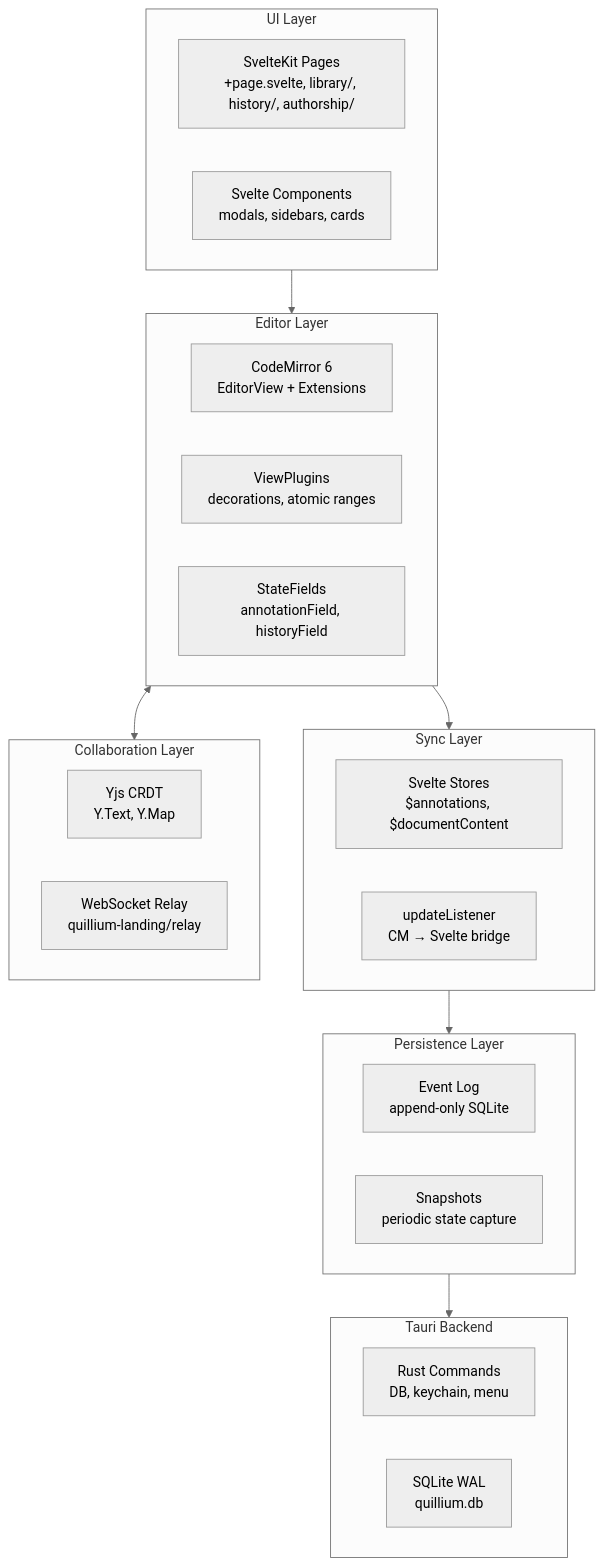
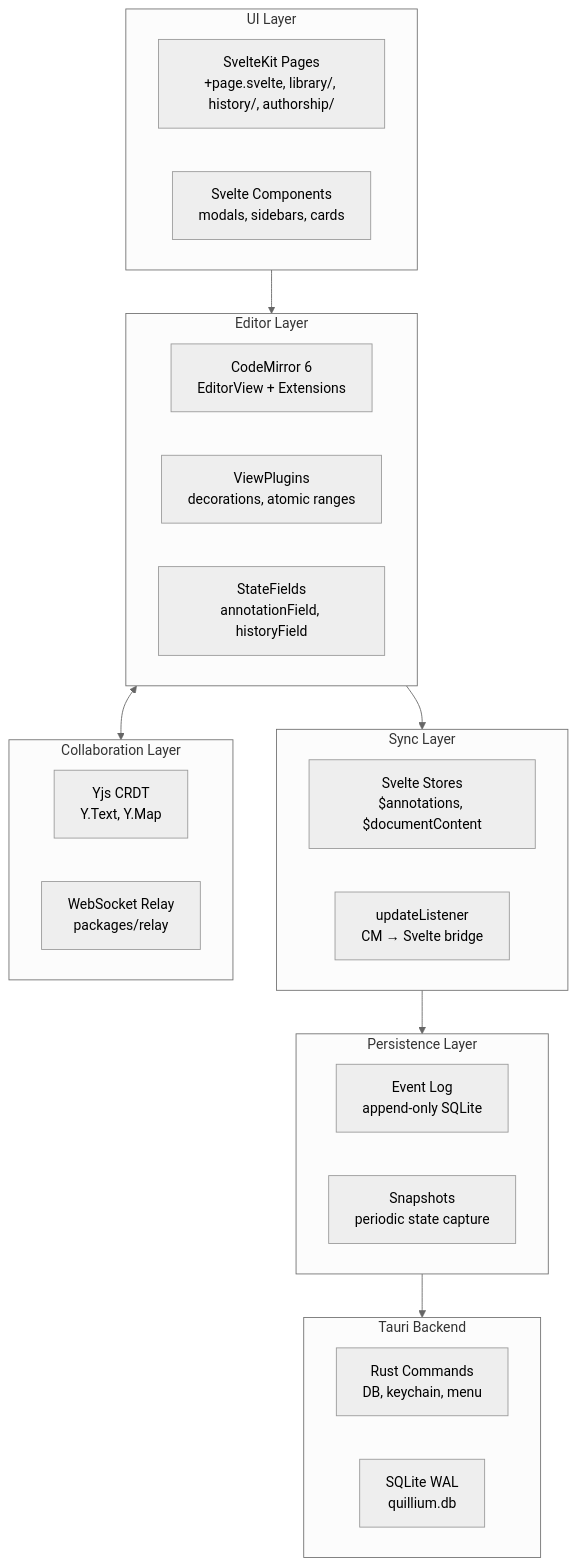
One commit to ThatXliner/Quillium changed the first of 2 diagrams in docs/architecture-overview.md. Above: the diagram before and after it, drawn with Mermaid (neutral theme). The commit also changed 667 other files, not shown here.

````diff
--- a/docs/architecture-overview.md
+++ b/docs/architecture-overview.md
@@ -33,39 +33,39 @@
 ```mermaid
 flowchart TB
     subgraph UI["UI Layer"]
         Pages["SvelteKit Pages<br/>+page.svelte, library/, history/, authorship/"]
         Components["Svelte Components<br/>modals, sidebars, cards"]
     end
 
     subgraph Editor["Editor Layer"]
         CM["CodeMirror 6<br/>EditorView + Extensions"]
         Plugins["ViewPlugins<br/>decorations, atomic ranges"]
         Fields["StateFields<br/>annotationField, historyField"]
     end
 
     subgraph Sync["Sync Layer"]
         Stores["Svelte Stores<br/>$annotations, $documentContent"]
         Listener["updateListener<br/>CM → Svelte bridge"]
     end
 
     subgraph Persistence["Persistence Layer"]
         EventLog["Event Log<br/>append-only SQLite"]
         Snapshots["Snapshots<br/>periodic state capture"]
     end
 
     subgraph Backend["Tauri Backend"]
         Rust["Rust Commands<br/>DB, keychain, menu"]
         SQLite["SQLite WAL<br/>quillium.db"]
     end
 
     subgraph Collab["Collaboration Layer"]
         Yjs["Yjs CRDT<br/>Y.Text, Y.Map"]
-        Relay["WebSocket Relay<br/>quillium-landing/relay"]
+        Relay["WebSocket Relay<br/>packages/relay"]
     end
 
     UI --> Editor
     Editor --> Sync
     Sync --> Persistence
     Persistence --> Backend
     Editor <--> Collab
 ```
````
